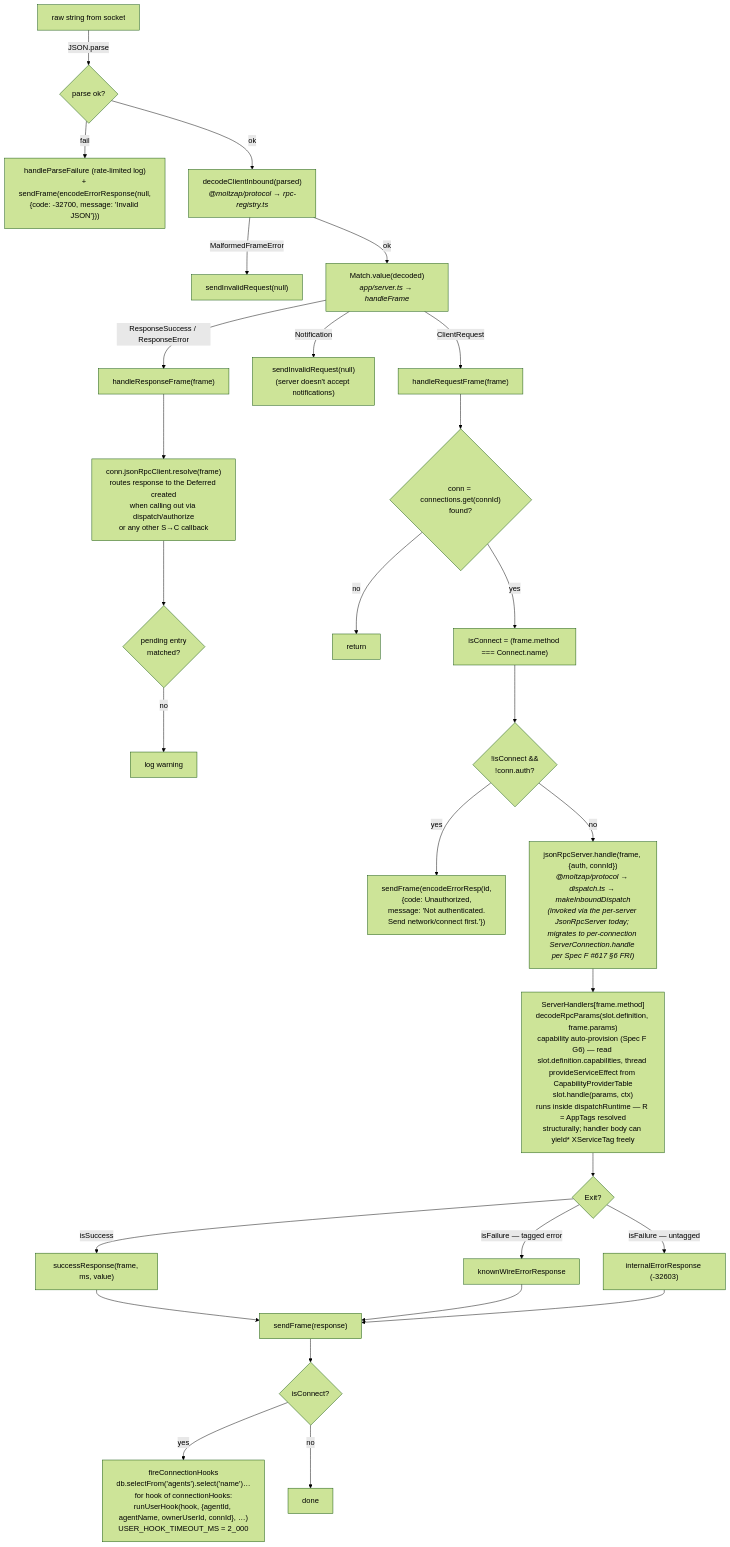
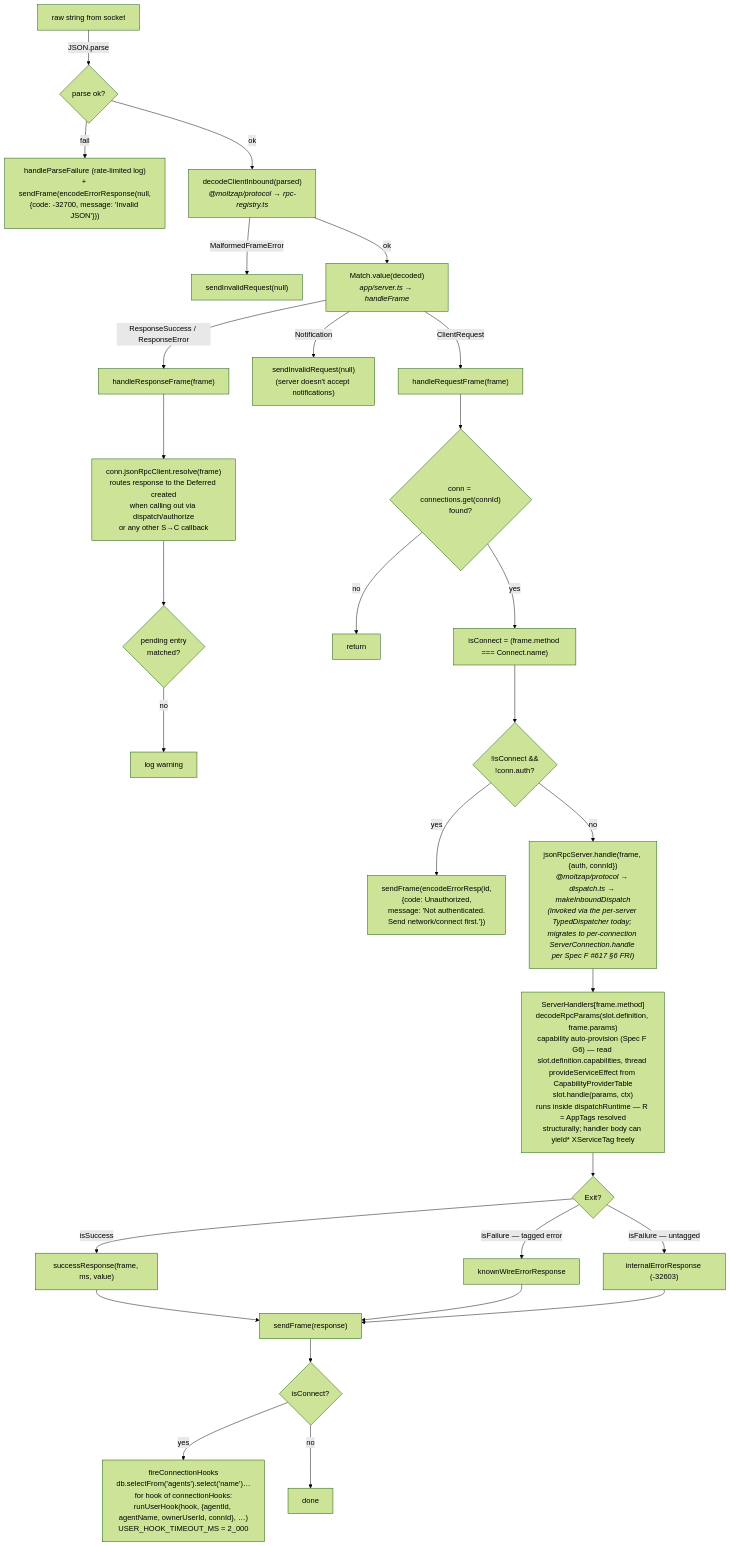
The diagram in packages/server/docs/architecture/03-request-response-handling.md (chughtapan/moltzap), drawn with Mermaid (forest theme) before and after one commit. The commit also changed 24 other files, not shown here.

````diff
--- a/packages/server/docs/architecture/03-request-response-handling.md
+++ b/packages/server/docs/architecture/03-request-response-handling.md
@@ -8,39 +8,39 @@
 ```mermaid
 flowchart TD
     A["raw string from socket"]
     A -->|"JSON.parse"| B{"parse ok?"}
     B -->|"fail"| B1["handleParseFailure (rate-limited log)<br/>+ sendFrame(encodeErrorResponse(null,<br/>{code: -32700, message: 'Invalid JSON'}))"]
     B -->|"ok"| C["decodeClientInbound(parsed)<br/><i>@moltzap/protocol → rpc-registry.ts</i>"]
     C -->|"MalformedFrameError"| C1["sendInvalidRequest(null)"]
     C -->|"ok"| D["Match.value(decoded)<br/><i>app/server.ts → handleFrame</i>"]
 
     D -->|"ResponseSuccess / ResponseError"| E["handleResponseFrame(frame)"]
     D -->|"Notification"| D1["sendInvalidRequest(null)<br/>(server doesn't accept notifications)"]
     D -->|"ClientRequest"| F["handleRequestFrame(frame)"]
 
     E --> E1["conn.jsonRpcClient.resolve(frame)<br/>routes response to the Deferred created<br/>when calling out via dispatch/authorize<br/>or any other S→C callback"]
     E1 --> E2{"pending entry<br/>matched?"}
     E2 -->|"no"| E3["log warning"]
 
     F --> F1{"conn = connections.get(connId)<br/>found?"}
     F1 -->|"no"| F1a["return"]
     F1 -->|"yes"| F2["isConnect = (frame.method === Connect.name)"]
     F2 --> F3{"!isConnect &&<br/>!conn.auth?"}
     F3 -->|"yes"| F3a["sendFrame(encodeErrorResp(id,<br/>{code: Unauthorized,<br/>message: 'Not authenticated.<br/>Send network/connect first.'})"]
-    F3 -->|"no"| F4["jsonRpcServer.handle(frame, {auth, connId})<br/><i>@moltzap/protocol → dispatch.ts → makeInboundDispatch<br/>(invoked via the per-server JsonRpcServer today; migrates to per-connection ServerConnection.handle per Spec F #617 §6 FRI)</i>"]
+    F3 -->|"no"| F4["jsonRpcServer.handle(frame, {auth, connId})<br/><i>@moltzap/protocol → dispatch.ts → makeInboundDispatch<br/>(invoked via the per-server TypedDispatcher today; migrates to per-connection ServerConnection.handle per Spec F #617 §6 FRI)</i>"]
 
     F4 --> F5["ServerHandlers[frame.method]<br/>decodeRpcParams(slot.definition, frame.params)<br/>capability auto-provision (Spec F G6) — read slot.definition.capabilities, thread provideServiceEffect from CapabilityProviderTable<br/>slot.handle(params, ctx)<br/>runs inside dispatchRuntime — R = AppTags resolved<br/>structurally; handler body can yield* XServiceTag freely"]
 
     F5 --> F6{"Exit?"}
     F6 -->|"isSuccess"| F6a["successResponse(frame, ms, value)"]
     F6 -->|"isFailure — tagged error"| F6b["knownWireErrorResponse"]
     F6 -->|"isFailure — untagged"| F6c["internalErrorResponse (-32603)"]
 
     F6a --> G["sendFrame(response)"]
     F6b --> G
     F6c --> G
 
     G --> H{"isConnect?"}
     H -->|"yes"| I["fireConnectionHooks<br/>db.selectFrom('agents').select('name')…<br/>for hook of connectionHooks:<br/>runUserHook(hook, {agentId, agentName, ownerUserId, connId}, …)<br/>USER_HOOK_TIMEOUT_MS = 2_000"]
     H -->|"no"| J["done"]
 ```
````
